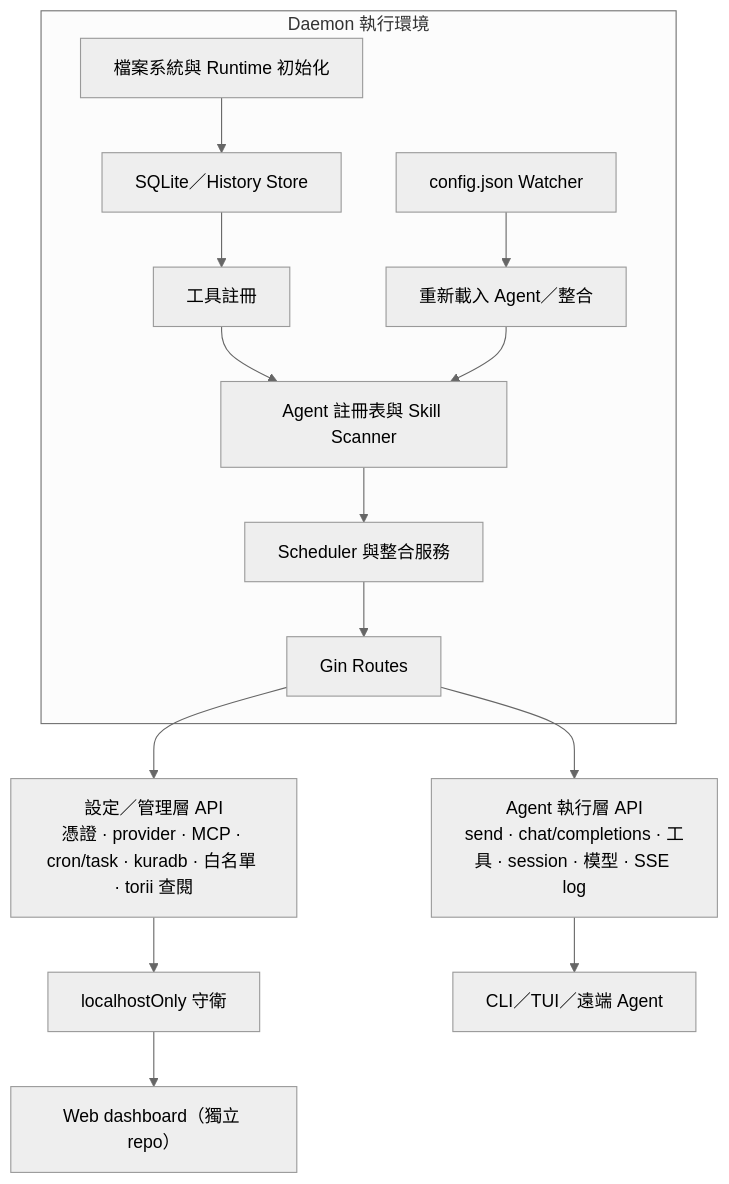
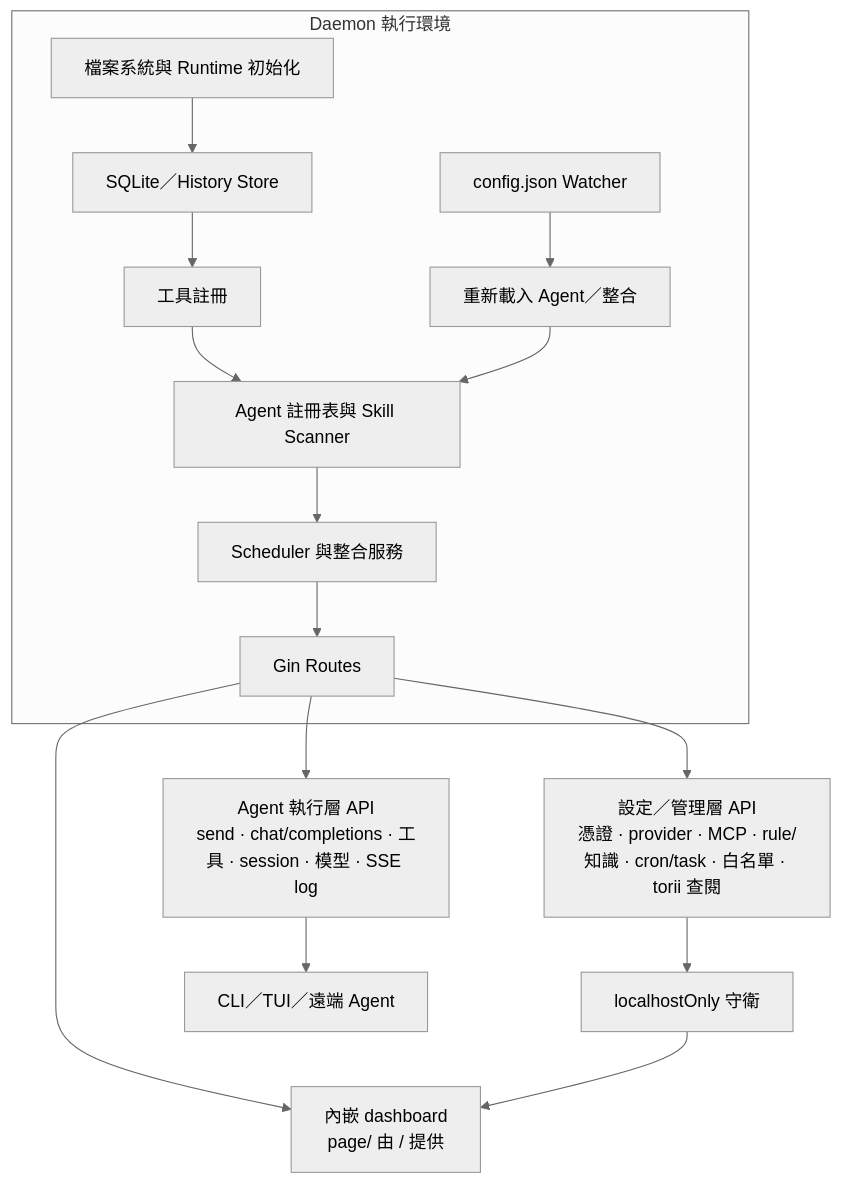
Before and after one commit to agenvoy/Agenvoy: the fourth of 12 diagrams in doc/architecture.zh.md, drawn with Mermaid (neutral theme). The commit also changed other lines of this file and 3 other files, not shown here.

Commit message:
doc: Update architecture and API documentation

````diff
--- a/doc/architecture.zh.md
+++ b/doc/architecture.zh.md
@@ -75,17 +71,18 @@
 ```mermaid
 graph TB
     subgraph Daemon[Daemon 執行環境]
         Init[檔案系統與 Runtime 初始化] --> Storage[SQLite／History Store]
         Storage --> ToolInit[工具註冊]
         ToolInit --> AgentInit[Agent 註冊表與 Skill Scanner]
         AgentInit --> Services[Scheduler 與整合服務]
         Services --> Routes[Gin Routes]
         Config[config.json Watcher] --> Reload[重新載入 Agent／整合]
         Reload --> AgentInit
     end
     Routes --> ExecAPI[Agent 執行層 API<br/>send · chat/completions · 工具 · session · 模型 · SSE log]
-    Routes --> ConfigAPI[設定／管理層 API<br/>憑證 · provider · MCP · cron/task · kuradb · 白名單 · torii 查閱]
+    Routes --> ConfigAPI[設定／管理層 API<br/>憑證 · provider · MCP · rule/知識 · cron/task · 白名單 · torii 查閱]
+    Routes --> Page[內嵌 dashboard<br/>page/ 由 / 提供]
     ConfigAPI --> LocalGuard[localhostOnly 守衛]
     ExecAPI --> Client[CLI／TUI／遠端 Agent]
-    LocalGuard --> Dashboard[Web dashboard（獨立 repo）]
+    LocalGuard --> Page
 ```
````
